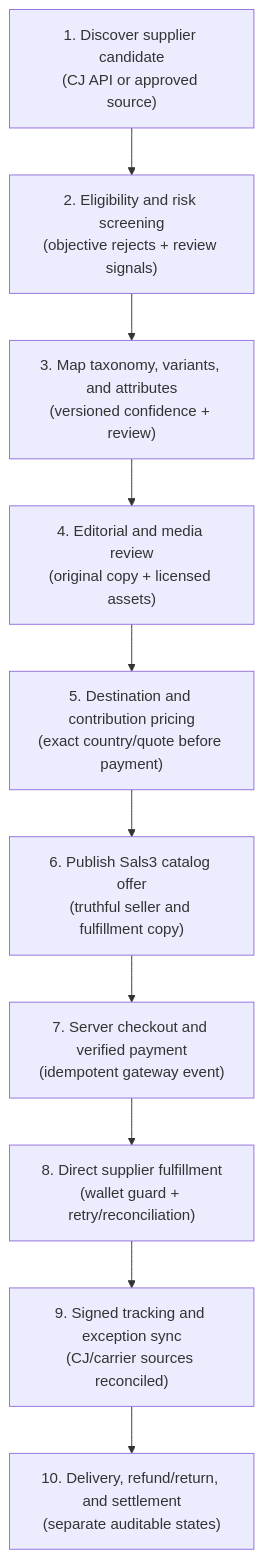
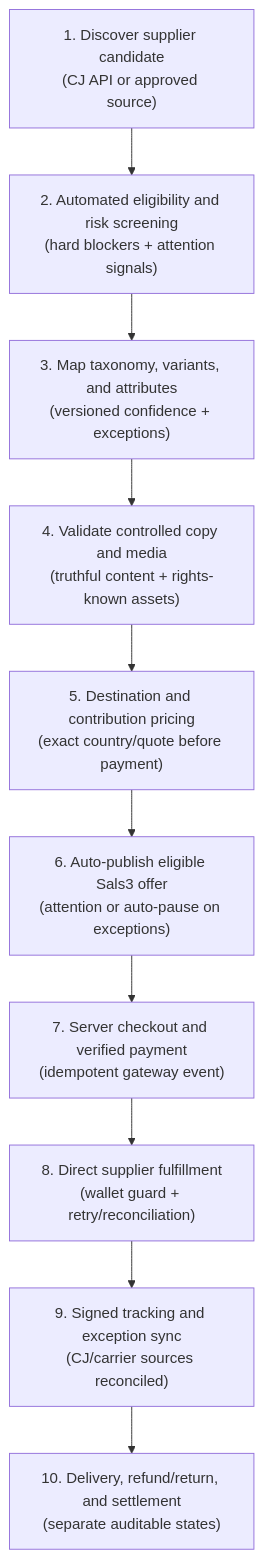
The first of 3 diagrams in docs/Wiki/wiki/sals3-end-to-end-process-flow.md (Sals3-Official/sals3-ecommerce), drawn with Mermaid before and after one commit. The commit also changed other lines of this file and 13 other files, not shown here.

First line of the commit message:
docs(catalog): define CJ auto-publish flow

````diff
--- a/docs/Wiki/wiki/sals3-end-to-end-process-flow.md
+++ b/docs/Wiki/wiki/sals3-end-to-end-process-flow.md
@@ -35,12 +36,12 @@
 ```mermaid
 graph TD
-    Step1["1. Discover supplier candidate<br/>(CJ API or approved source)"] --> Step2["2. Eligibility and risk screening<br/>(objective rejects + review signals)"]
-    Step2 --> Step3["3. Map taxonomy, variants, and attributes<br/>(versioned confidence + review)"]
-    Step3 --> Step4["4. Editorial and media review<br/>(original copy + licensed assets)"]
+    Step1["1. Discover supplier candidate<br/>(CJ API or approved source)"] --> Step2["2. Automated eligibility and risk screening<br/>(hard blockers + attention signals)"]
+    Step2 --> Step3["3. Map taxonomy, variants, and attributes<br/>(versioned confidence + exceptions)"]
+    Step3 --> Step4["4. Validate controlled copy and media<br/>(truthful content + rights-known assets)"]
     Step4 --> Step5["5. Destination and contribution pricing<br/>(exact country/quote before payment)"]
-    Step5 --> Step6["6. Publish Sals3 catalog offer<br/>(truthful seller and fulfillment copy)"]
+    Step5 --> Step6["6. Auto-publish eligible Sals3 offer<br/>(attention or auto-pause on exceptions)"]
     Step6 --> Step7["7. Server checkout and verified payment<br/>(idempotent gateway event)"]
     Step7 --> Step8["8. Direct supplier fulfillment<br/>(wallet guard + retry/reconciliation)"]
     Step8 --> Step9["9. Signed tracking and exception sync<br/>(CJ/carrier sources reconciled)"]
     Step9 --> Step10["10. Delivery, refund/return, and settlement<br/>(separate auditable states)"]
 ```
````
